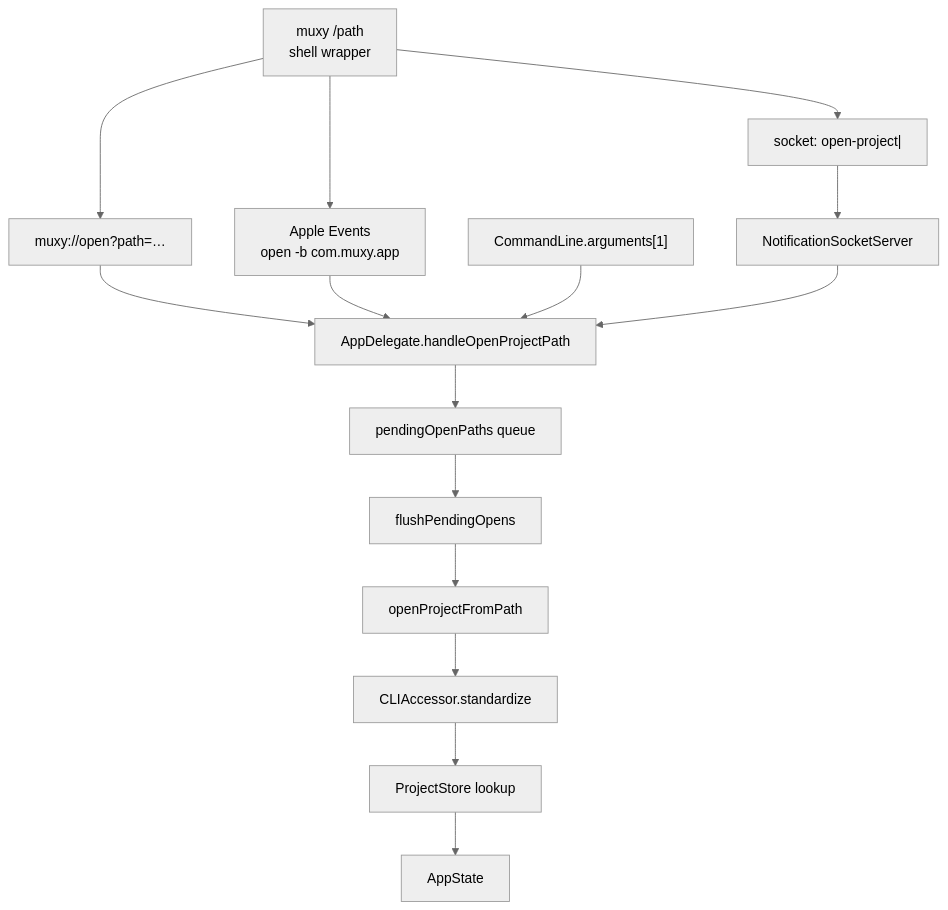
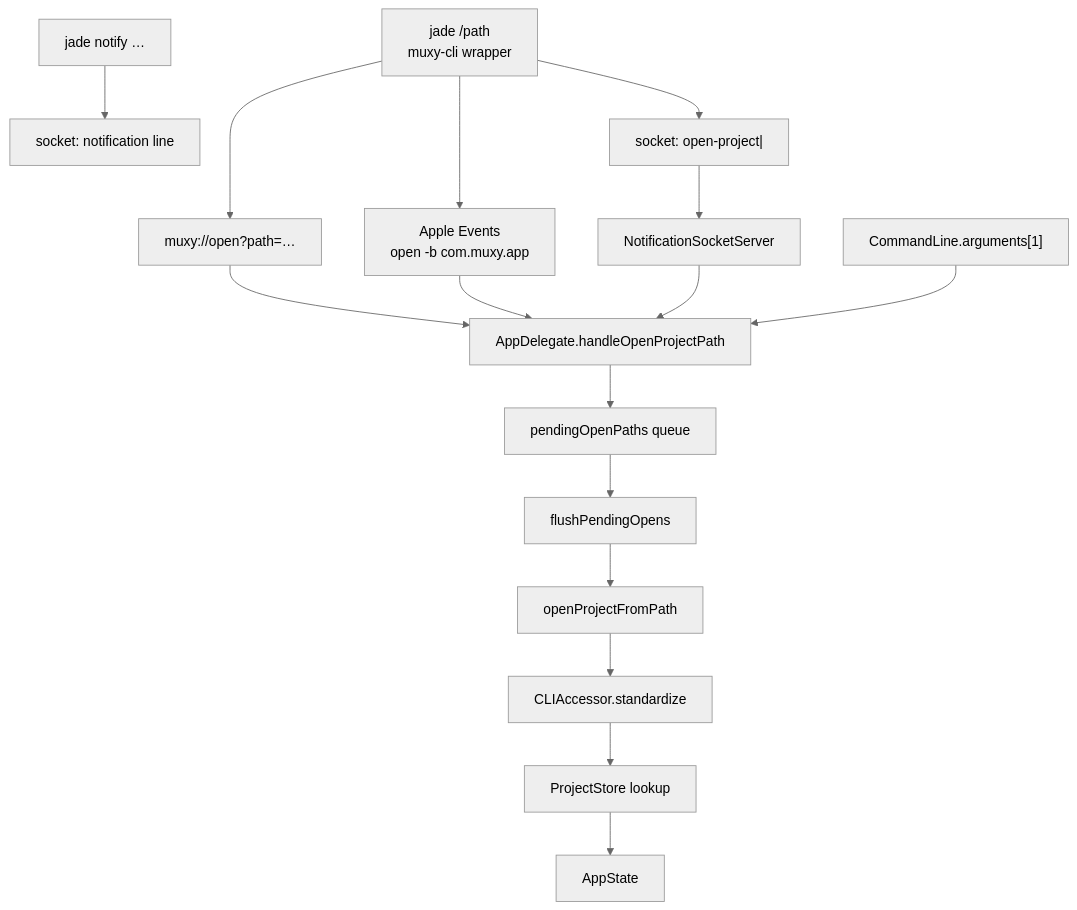
One commit to dot-RealityTest/jade changed the diagram in docs/developer/architecture/cli-and-url-scheme.md. Above: the diagram before and after it, drawn with Mermaid (neutral theme). The commit also changed other lines of this file and 17 other files, not shown here.

````diff
--- a/docs/developer/architecture/cli-and-url-scheme.md
+++ b/docs/developer/architecture/cli-and-url-scheme.md
@@ -5,17 +5,18 @@
 ```mermaid
 flowchart TB
-  CLI["muxy /path<br/>shell wrapper"] --> URL
+  CLI["jade /path<br/>muxy-cli wrapper"] --> URL
   CLI --> AE[Apple Events<br/>open -b com.muxy.app]
   CLI --> Sock["socket: open-project|<path>"]
+  Notify["jade notify …"] --> SockN["socket: notification line"]
   URL["muxy://open?path=…"] --> Delegate
   AE --> Delegate
   Sock --> Server[NotificationSocketServer]
   Launch["CommandLine.arguments[1]"] --> Delegate
   Server --> Delegate
   Delegate[AppDelegate.handleOpenProjectPath] --> Pending[pendingOpenPaths queue]
   Pending --> Flush[flushPendingOpens]
   Flush --> Open[openProjectFromPath]
   Open --> Standardize[CLIAccessor.standardize]
   Standardize --> Dedupe[ProjectStore lookup]
   Dedupe --> AppState
 ```
````
